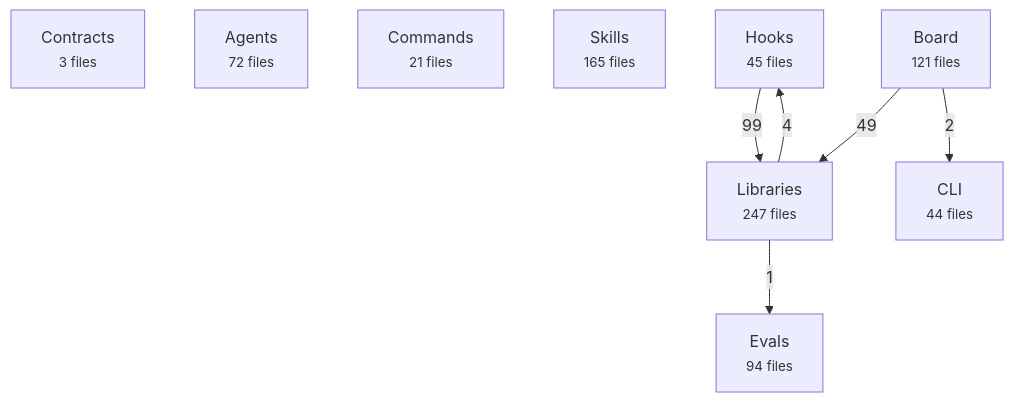
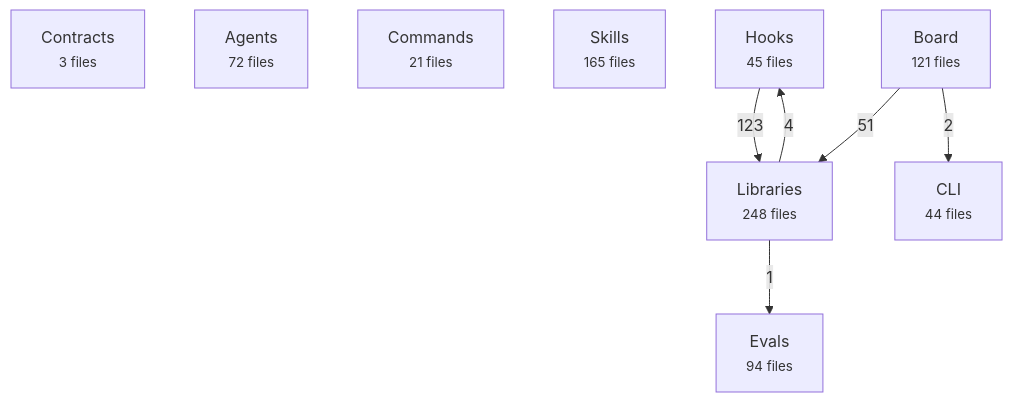
Before and after one commit to avelikiy/great_cto: the first of 2 diagrams in docs/reference/architecture-map.md, drawn with Mermaid. The commit also changed other lines of this file and 176 other files, not shown here.

````diff
--- a/docs/reference/architecture-map.md
+++ b/docs/reference/architecture-map.md
@@ -20,17 +20,17 @@
 ```mermaid
 flowchart TD
   contracts["Contracts<br/><small>3 files</small>"]
   agents["Agents<br/><small>72 files</small>"]
   commands["Commands<br/><small>21 files</small>"]
   skills["Skills<br/><small>165 files</small>"]
   hooks["Hooks<br/><small>45 files</small>"]
-  libs["Libraries<br/><small>247 files</small>"]
+  libs["Libraries<br/><small>248 files</small>"]
   board["Board<br/><small>121 files</small>"]
   cli["CLI<br/><small>44 files</small>"]
   evals["Evals<br/><small>94 files</small>"]
-  hooks -->|99| libs
-  board -->|49| libs
+  hooks -->|123| libs
+  board -->|51| libs
   libs -->|4| hooks
   board -->|2| cli
   libs -->|1| evals
 ```
````
